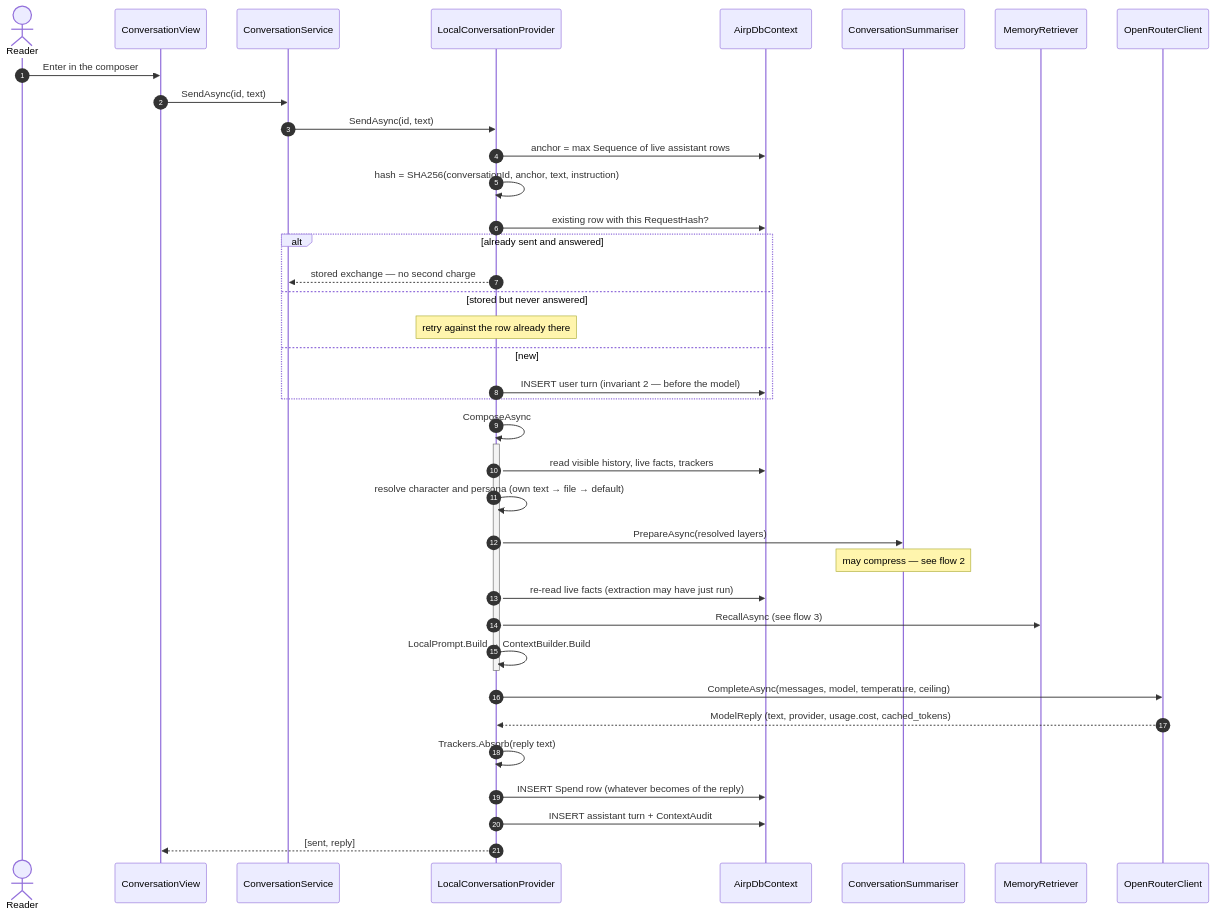
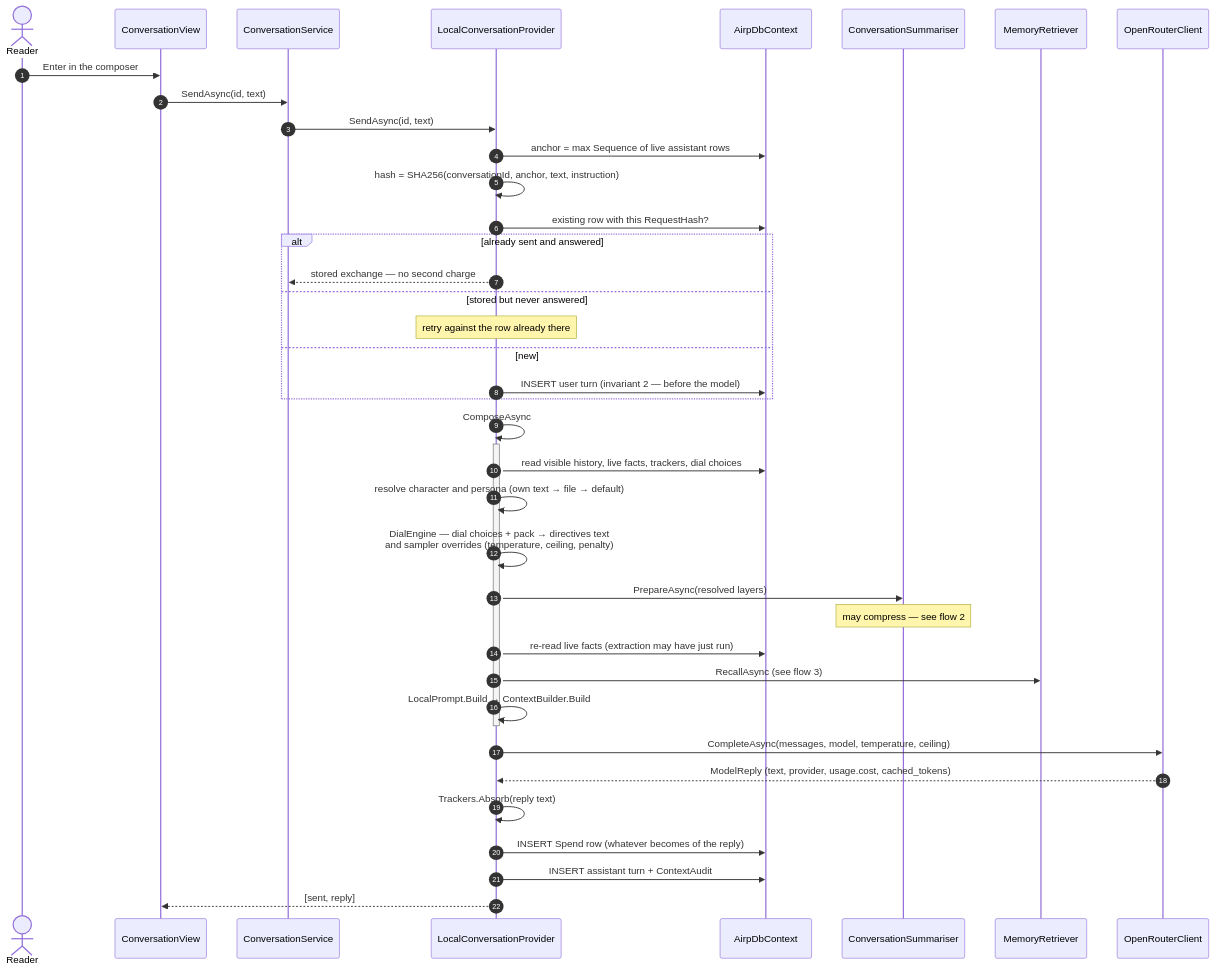
Before and after one commit to argamboad/custom-airp: the first of 9 diagrams in docs/FLOWS.md, drawn with Mermaid. The commit also changed 38 other files, not shown here.

````diff
--- a/docs/FLOWS.md
+++ b/docs/FLOWS.md
@@ -14,42 +14,43 @@
 ```mermaid
 sequenceDiagram
     autonumber
     actor R as Reader
     participant CV as ConversationView
     participant CS as ConversationService
     participant P as LocalConversationProvider
     participant DB as AirpDbContext
     participant SUM as ConversationSummariser
     participant RET as MemoryRetriever
     participant LM as OpenRouterClient
 
     R->>CV: Enter in the composer
     CV->>CS: SendAsync(id, text)
     CS->>P: SendAsync(id, text)
     P->>DB: anchor = max Sequence of live assistant rows
     P->>P: hash = SHA256(conversationId, anchor, text, instruction)
     P->>DB: existing row with this RequestHash?
     alt already sent and answered
         P-->>CS: stored exchange — no second charge
     else stored but never answered
         Note over P: retry against the row already there
     else new
         P->>DB: INSERT user turn (invariant 2 — before the model)
     end
     P->>P: ComposeAsync
     activate P
-    P->>DB: read visible history, live facts, trackers
+    P->>DB: read visible history, live facts, trackers, dial choices
     P->>P: resolve character and persona (own text → file → default)
+    P->>P: DialEngine — dial choices + pack → directives text<br/>and sampler overrides (temperature, ceiling, penalty)
     P->>SUM: PrepareAsync(resolved layers)
     Note over SUM: may compress — see flow 2
     P->>DB: re-read live facts (extraction may have just run)
     P->>RET: RecallAsync (see flow 3)
     P->>P: LocalPrompt.Build → ContextBuilder.Build
     deactivate P
     P->>LM: CompleteAsync(messages, model, temperature, ceiling)
     LM-->>P: ModelReply (text, provider, usage.cost, cached_tokens)
     P->>P: Trackers.Absorb(reply text)
     P->>DB: INSERT Spend row (whatever becomes of the reply)
     P->>DB: INSERT assistant turn + ContextAudit
     P-->>CV: [sent, reply]
 ```
````
